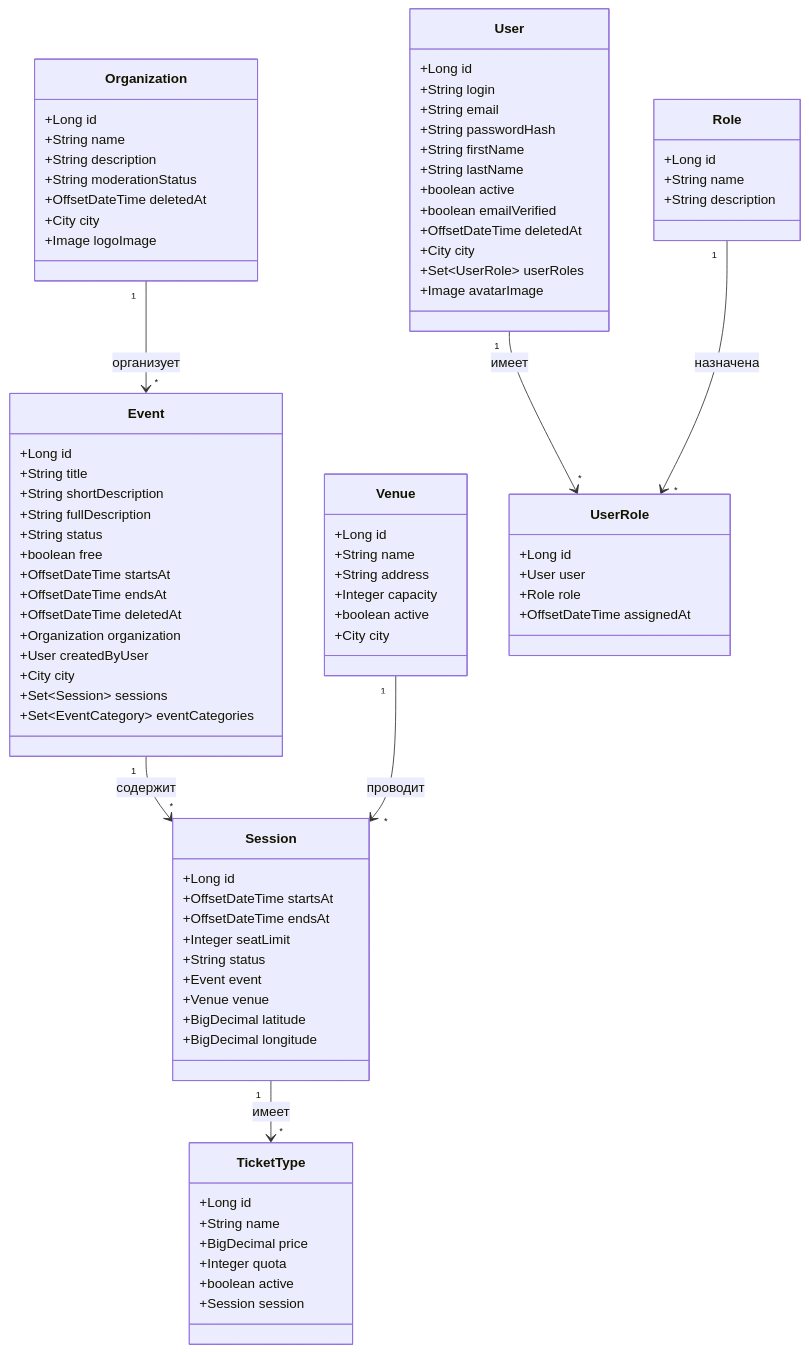
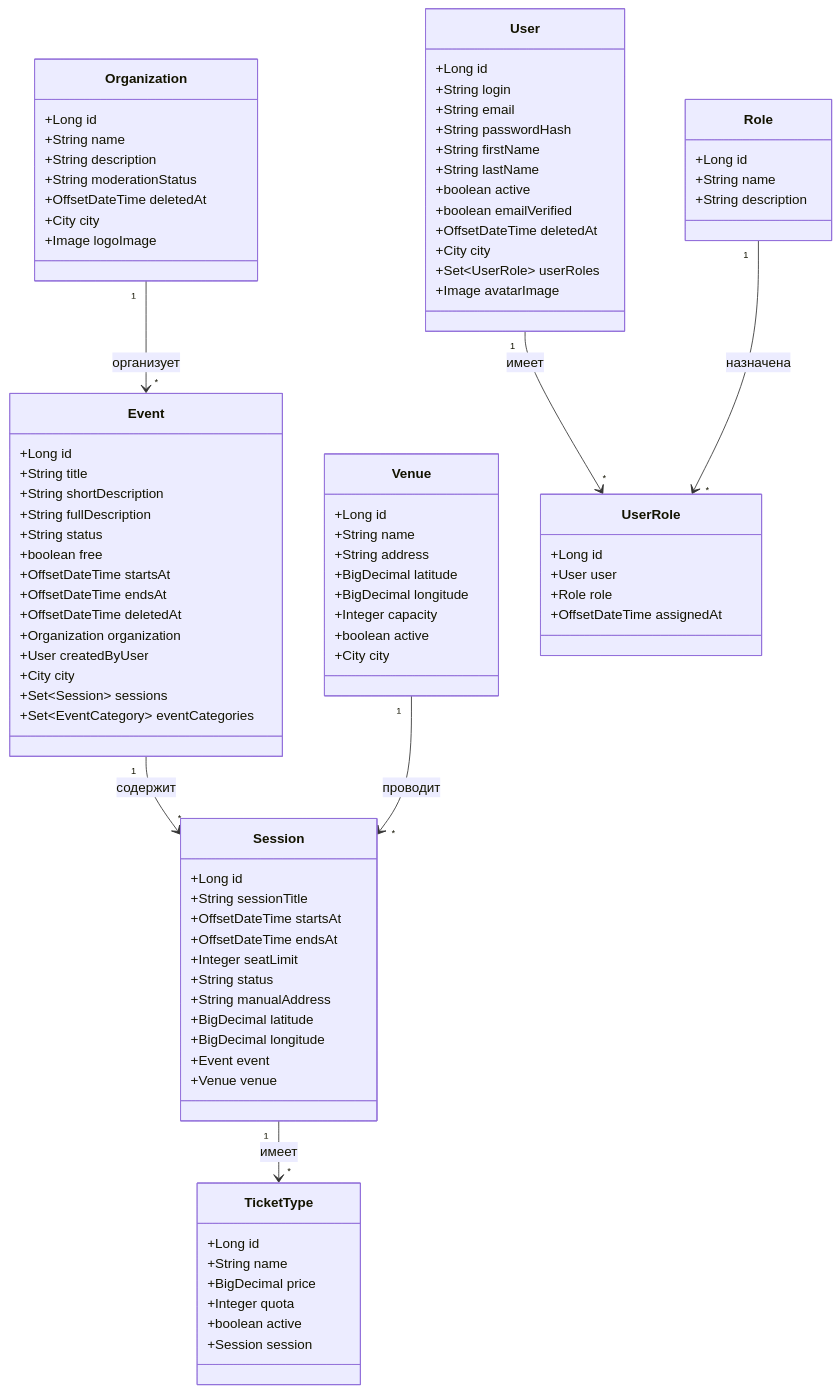
The fourth of 13 diagrams in diplom/diplom.md (akarui-shi/festival-app), drawn with Mermaid before and after one commit. The commit also changed other lines of this file, not shown here.

```diff
--- a/diplom/diplom.md
+++ b/diplom/diplom.md
@@ -1046,14 +1078,16 @@
 
   class Session {
     +Long id
+    +String sessionTitle
     +OffsetDateTime startsAt
     +OffsetDateTime endsAt
     +Integer seatLimit
     +String status
+    +String manualAddress
+    +BigDecimal latitude
+    +BigDecimal longitude
     +Event event
     +Venue venue
-    +BigDecimal latitude
-    +BigDecimal longitude
   }
 
   class Organization {
@@ -1070,6 +1104,8 @@
     +Long id
     +String name
     +String address
+    +BigDecimal latitude
+    +BigDecimal longitude
     +Integer capacity
     +boolean active
     +City city
```
